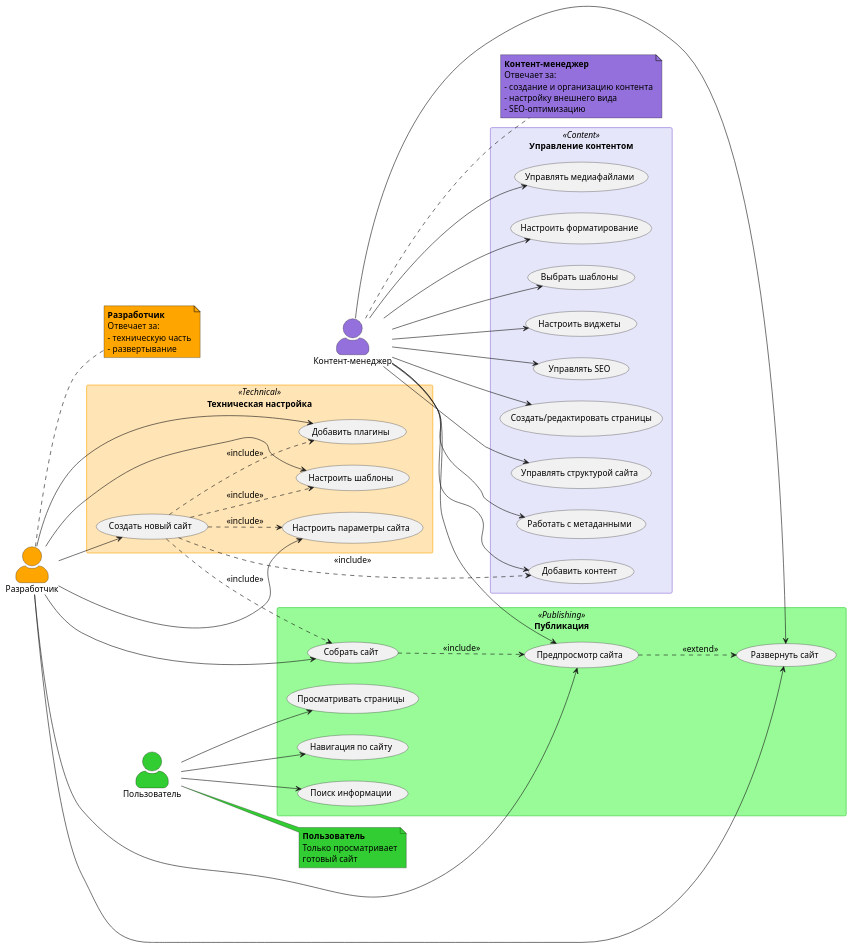
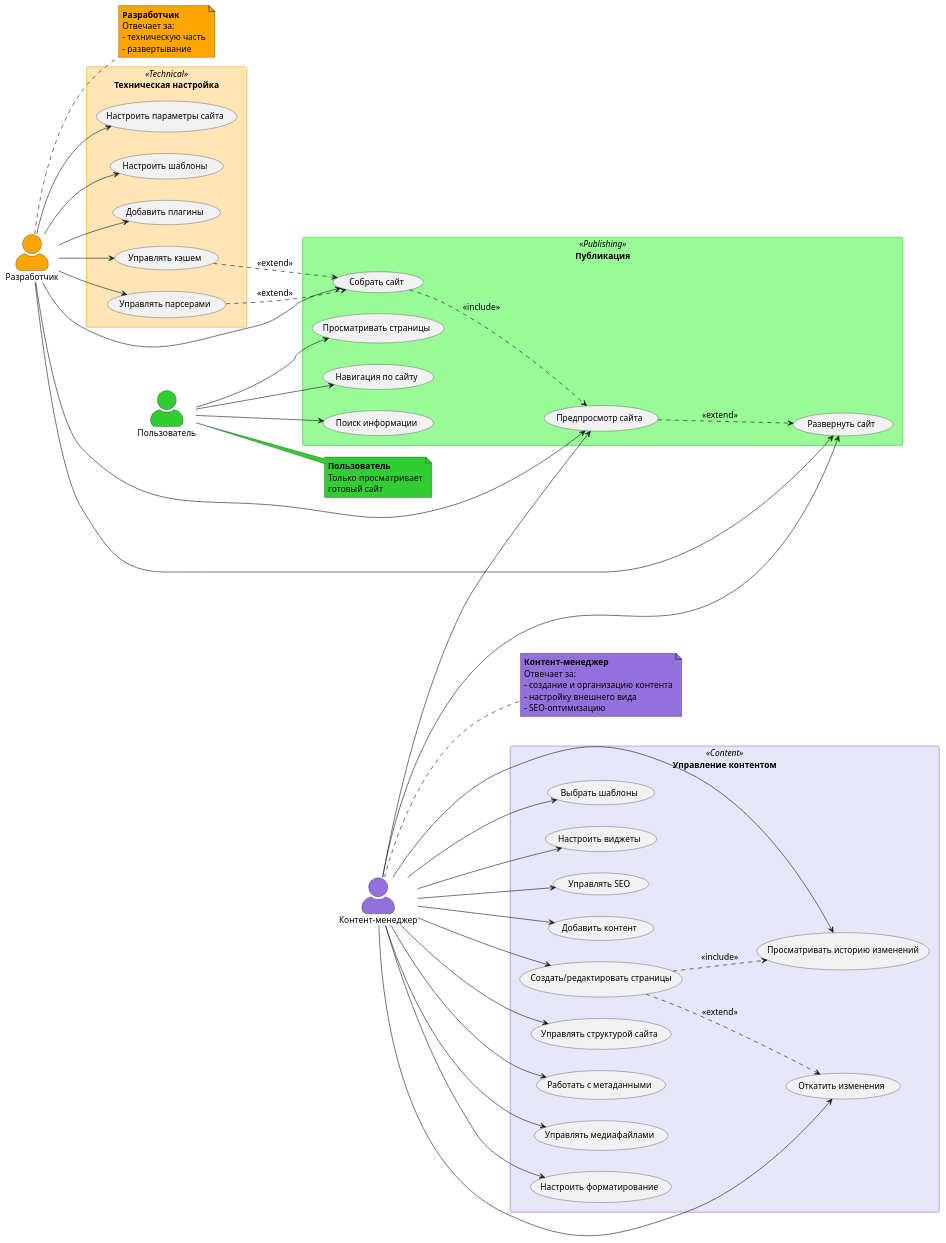
One commit to nestessia/StaticFlow-diploma changed the diagram in uml/use_case_separate.plantuml. Above: the diagram before and after it, drawn with PlantUML. The commit also changed 20 other files, not shown here.

```diff
--- a/uml/use_case_separate.plantuml
+++ b/uml/use_case_separate.plantuml
@@ -1,112 +1,117 @@
 @startuml
 left to right direction
 skinparam backgroundColor white
 skinparam handwritten false
 skinparam defaultFontName Arial
 skinparam defaultFontSize 14
 skinparam actorStyle awesome
 skinparam usecaseStyle uml2
 
 ' Цвета для разных групп
 skinparam rectangle {
     BackgroundColor<<Technical>> #FFE4B5
     BackgroundColor<<Content>> #E6E6FA
     BackgroundColor<<Publishing>> #98FB98
     BorderColor<<Technical>> #FFA500
     BorderColor<<Content>> #9370DB
     BorderColor<<Publishing>> #32CD32
 }
 
 ' Определение акторов
 actor "Разработчик" as dev #FFA500
 actor "Контент-менеджер" as cm #9370DB
 actor "Пользователь" as user #32CD32
 
 ' Группировка вариантов использования
 rectangle "Техническая настройка" <<Technical>> {
-  usecase "Создать новый сайт" as UC1
   usecase "Настроить параметры сайта" as UC2
   usecase "Настроить шаблоны" as UC4
   usecase "Добавить плагины" as UC5
+  usecase "Управлять кэшем" as UC14
+  usecase "Управлять парсерами" as UC15
 }
 
 rectangle "Управление контентом" <<Content>> {
   usecase "Добавить контент" as UC3
   usecase "Создать/редактировать страницы" as UC9_1
   usecase "Управлять структурой сайта" as UC9_2
   usecase "Работать с метаданными" as UC9_3
   usecase "Управлять медиафайлами" as UC9_4
   usecase "Настроить форматирование" as UC10_1
   usecase "Выбрать шаблоны" as UC10_2
   usecase "Настроить виджеты" as UC10_3
   usecase "Управлять SEO" as UC10_4
+  usecase "Просматривать историю изменений" as UC16
+  usecase "Откатить изменения" as UC17
 }
 
 rectangle "Публикация" <<Publishing>> {
   usecase "Собрать сайт" as UC6
   usecase "Предпросмотр сайта" as UC7
   usecase "Развернуть сайт" as UC8
   usecase "Просматривать страницы" as UC11
   usecase "Навигация по сайту" as UC12
   usecase "Поиск информации" as UC13
 }
 
 ' Связи разработчика
-dev --> UC1
 dev --> UC2
 dev --> UC4
 dev --> UC5
 dev --> UC6
 dev --> UC7
 dev --> UC8
+dev --> UC14
+dev --> UC15
 
 ' Связи контент-менеджера
 cm --> UC3
 cm --> UC9_1
 cm --> UC9_2
 cm --> UC9_3
 cm --> UC9_4
 cm --> UC10_1
 cm --> UC10_2
 cm --> UC10_3
 cm --> UC10_4
 cm --> UC7
 cm --> UC8
+cm --> UC16
+cm --> UC17
 
 ' Связи пользователя
 user --> UC11
 user --> UC12
 user --> UC13
 
 ' Отношения include/extend
-UC1 ..> UC2 : <<include>>
-UC1 ..> UC3 : <<include>>
-UC1 ..> UC4 : <<include>>
-UC1 ..> UC5 : <<include>>
-UC1 ..> UC6 : <<include>>
 UC6 ..> UC7 : <<include>>
 UC7 ..> UC8 : <<extend>>
+UC9_1 ..> UC16 : <<include>>
+UC9_1 ..> UC17 : <<extend>>
+UC14 ..> UC6 : <<extend>>
+UC15 ..> UC6 : <<extend>>
 
 ' Пояснительные заметки
 note right of dev #FFA500
   <b>Разработчик</b>
   Отвечает за:
   - техническую часть
   - развертывание
 end note
 
 note right of cm #9370DB
   <b>Контент-менеджер</b>
   Отвечает за:
   - создание и организацию контента
   - настройку внешнего вида
   - SEO-оптимизацию
 end note
 
 note right of user #32CD32
   <b>Пользователь</b>
   Только просматривает
   готовый сайт
 end note
 
 @enduml 
```
